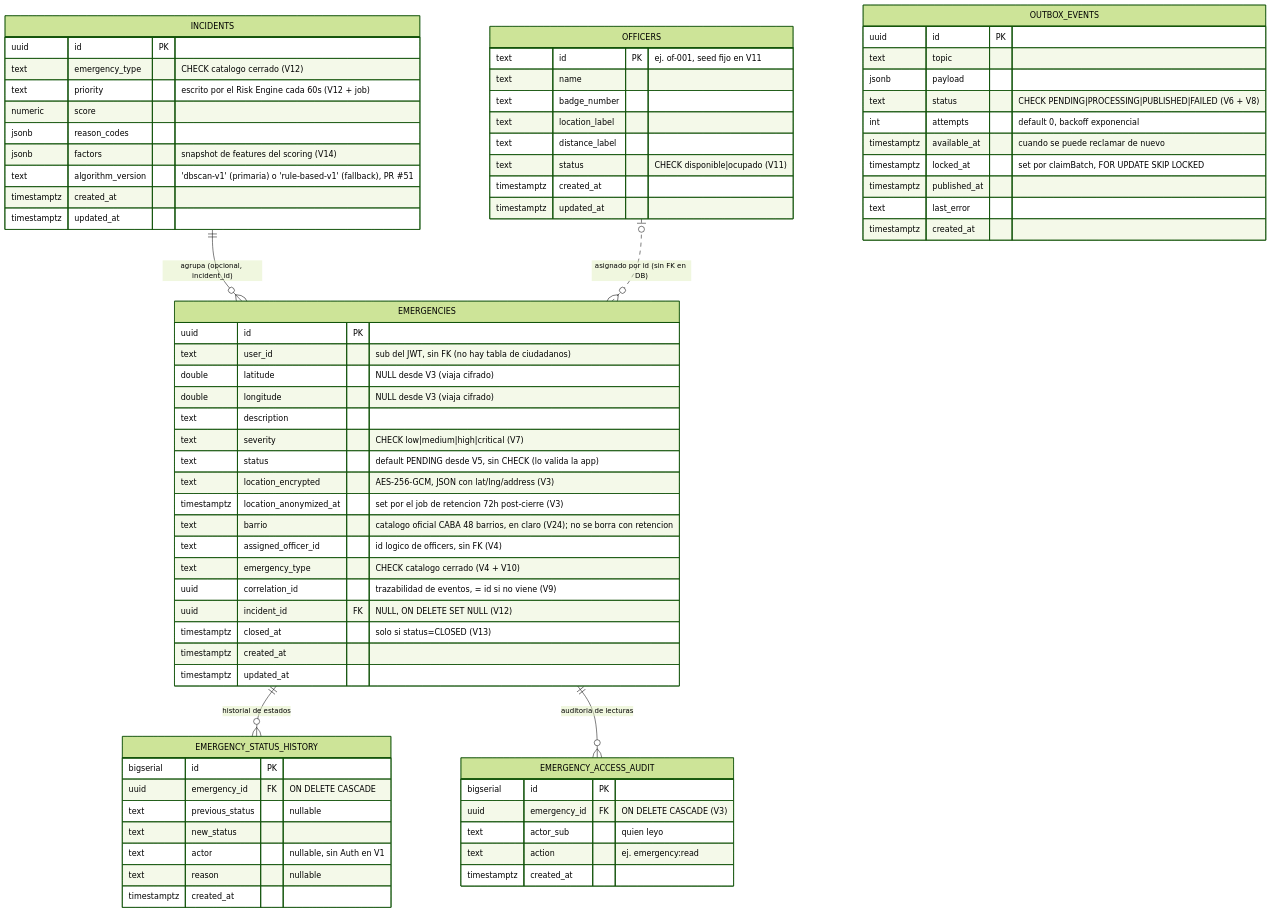
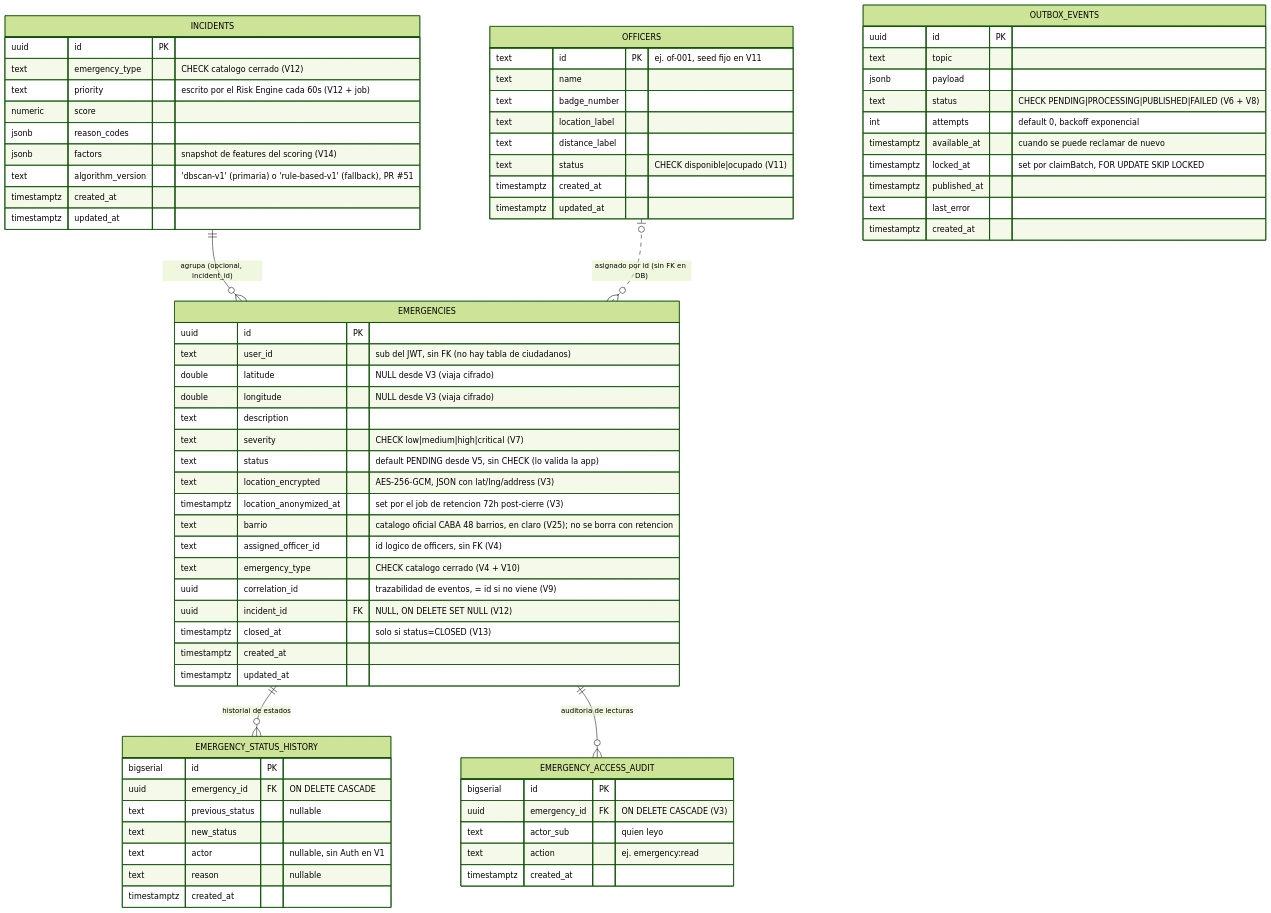
One commit to G6D2/emergencias-backend changed the diagram in docs/diagramas/02-modelo-entidad-relacion.md. Above: the diagram before and after it, drawn with Mermaid (forest theme). The commit also changed other lines of this file and 1 other file, not shown here.

First line of the commit message:
fix: renombrar migracion de barrio a V25

````diff
--- a/docs/diagramas/02-modelo-entidad-relacion.md
+++ b/docs/diagramas/02-modelo-entidad-relacion.md
@@ -8,81 +8,81 @@
 ```mermaid
 erDiagram
     EMERGENCIES ||--o{ EMERGENCY_STATUS_HISTORY : "historial de estados"
     EMERGENCIES ||--o{ EMERGENCY_ACCESS_AUDIT : "auditoria de lecturas"
     INCIDENTS ||--o{ EMERGENCIES : "agrupa (opcional, incident_id)"
     OFFICERS |o..o{ EMERGENCIES : "asignado por id (sin FK en DB)"
 
     EMERGENCIES {
         uuid id PK
         text user_id "sub del JWT, sin FK (no hay tabla de ciudadanos)"
         double latitude "NULL desde V3 (viaja cifrado)"
         double longitude "NULL desde V3 (viaja cifrado)"
         text description
         text severity "CHECK low|medium|high|critical (V7)"
         text status "default PENDING desde V5, sin CHECK (lo valida la app)"
         text location_encrypted "AES-256-GCM, JSON con lat/lng/address (V3)"
         timestamptz location_anonymized_at "set por el job de retencion 72h post-cierre (V3)"
-        text barrio "catalogo oficial CABA 48 barrios, en claro (V24); no se borra con retencion"
+        text barrio "catalogo oficial CABA 48 barrios, en claro (V25); no se borra con retencion"
         text assigned_officer_id "id logico de officers, sin FK (V4)"
         text emergency_type "CHECK catalogo cerrado (V4 + V10)"
         uuid correlation_id "trazabilidad de eventos, = id si no viene (V9)"
         uuid incident_id FK "NULL, ON DELETE SET NULL (V12)"
         timestamptz closed_at "solo si status=CLOSED (V13)"
         timestamptz created_at
         timestamptz updated_at
     }
 
     EMERGENCY_STATUS_HISTORY {
         bigserial id PK
         uuid emergency_id FK "ON DELETE CASCADE"
         text previous_status "nullable"
         text new_status
         text actor "nullable, sin Auth en V1"
         text reason "nullable"
         timestamptz created_at
     }
 
     EMERGENCY_ACCESS_AUDIT {
         bigserial id PK
         uuid emergency_id FK "ON DELETE CASCADE (V3)"
         text actor_sub "quien leyo"
         text action "ej. emergency:read"
         timestamptz created_at
     }
 
     OUTBOX_EVENTS {
         uuid id PK
         text topic
         jsonb payload
         text status "CHECK PENDING|PROCESSING|PUBLISHED|FAILED (V6 + V8)"
         int attempts "default 0, backoff exponencial"
         timestamptz available_at "cuando se puede reclamar de nuevo"
         timestamptz locked_at "set por claimBatch, FOR UPDATE SKIP LOCKED"
         timestamptz published_at
         text last_error
         timestamptz created_at
     }
 
     OFFICERS {
         text id PK "ej. of-001, seed fijo en V11"
         text name
         text badge_number
         text location_label
         text distance_label
         text status "CHECK disponible|ocupado (V11)"
         timestamptz created_at
         timestamptz updated_at
     }
 
     INCIDENTS {
         uuid id PK
         text emergency_type "CHECK catalogo cerrado (V12)"
         text priority "escrito por el Risk Engine cada 60s (V12 + job)"
         numeric score
         jsonb reason_codes
         jsonb factors "snapshot de features del scoring (V14)"
         text algorithm_version "'dbscan-v1' (primaria) o 'rule-based-v1' (fallback), PR #51"
         timestamptz created_at
         timestamptz updated_at
     }
 ```
````
